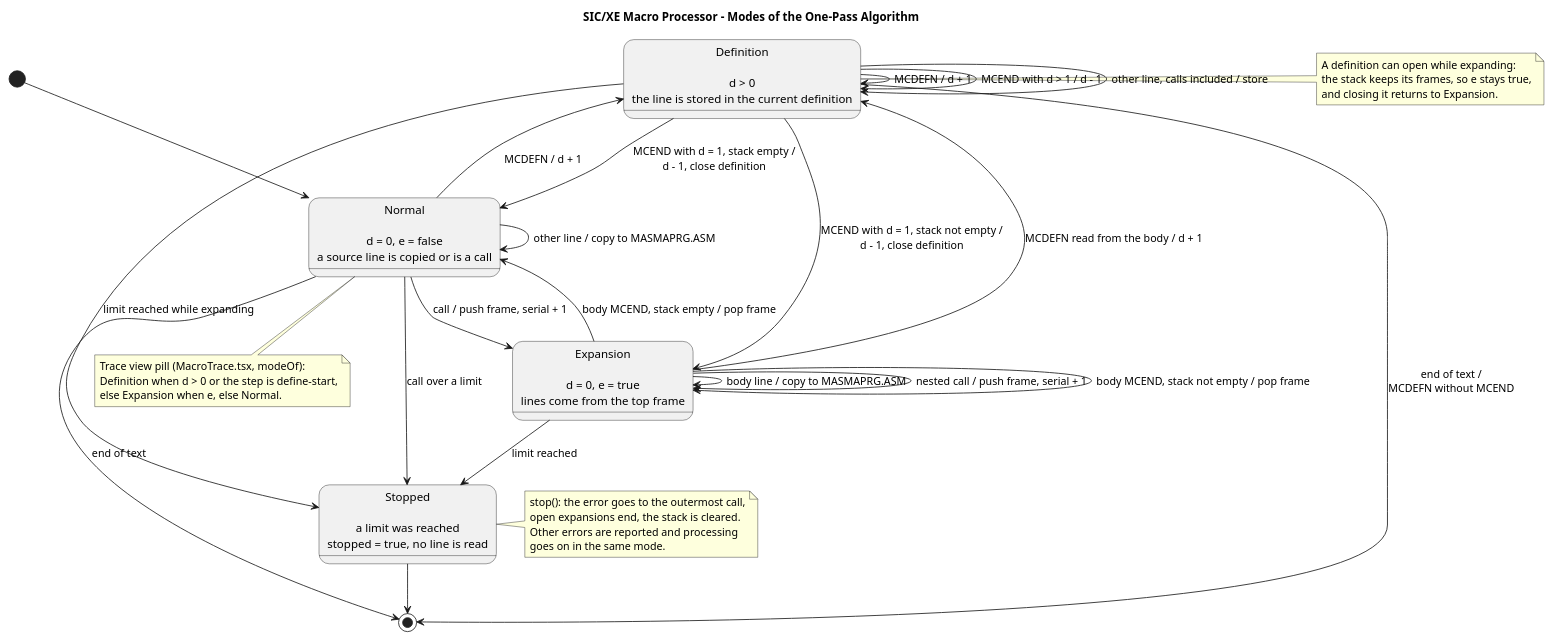
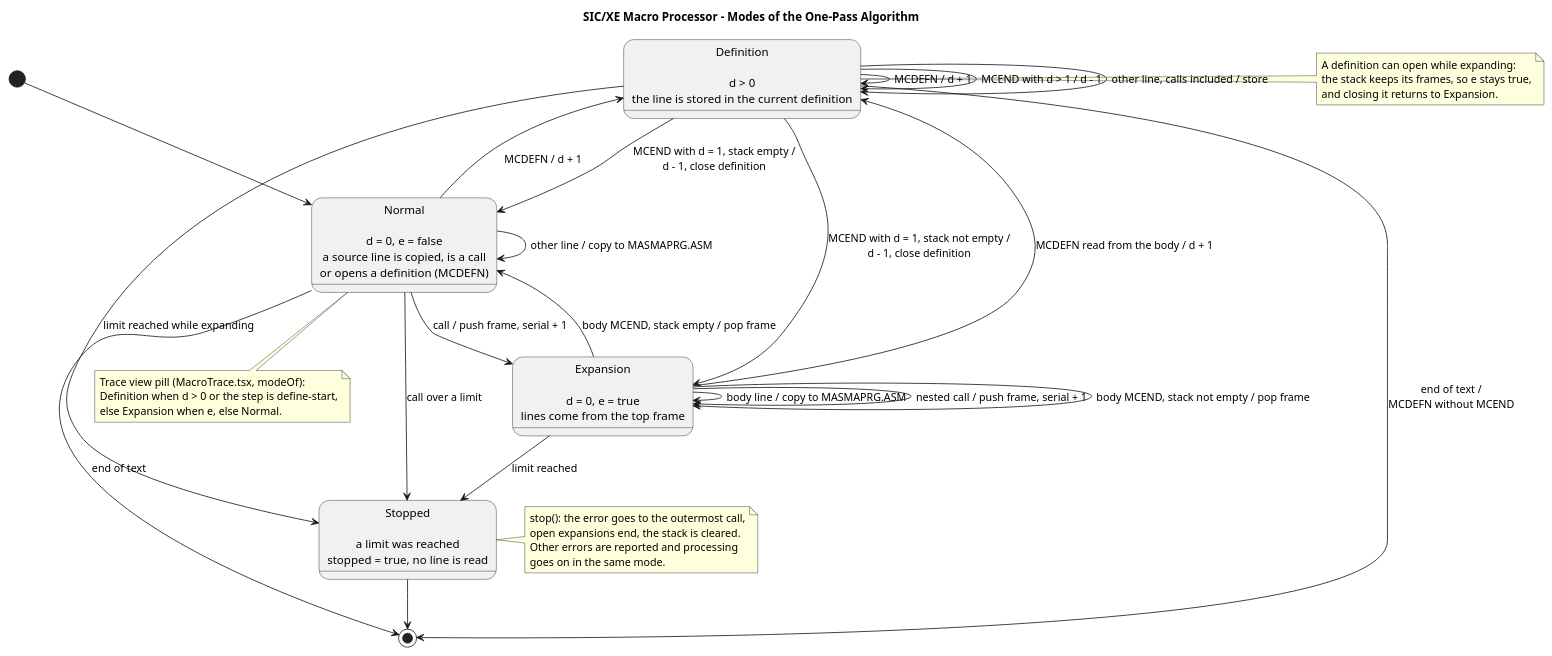
One commit to Eduardo-Machado-Behling/SIC-XE-Simulator changed the diagram in backend/docs/uml/42_macro_processor_states.puml. Above: the diagram before and after it, drawn with PlantUML. The commit also changed 4 other files, not shown here.

```diff
--- a/backend/docs/uml/42_macro_processor_states.puml
+++ b/backend/docs/uml/42_macro_processor_states.puml
@@ -1,55 +1,55 @@
 @startuml
 title SIC/XE Macro Processor - Modes of the One-Pass Algorithm
 
 skinparam shadowing false
 
-state "Normal\n\nd = 0, e = false\na source line is copied or is a call" as Normal
+state "Normal\n\nd = 0, e = false\na source line is copied, is a call\nor opens a definition (MCDEFN)" as Normal
 state "Definition\n\nd > 0\nthe line is stored in the current definition" as Definition
 state "Expansion\n\nd = 0, e = true\nlines come from the top frame" as Expansion
 state "Stopped\n\na limit was reached\nstopped = true, no line is read" as Stopped
 
 [*] --> Normal
 
 Normal --> Normal : other line / copy to MASMAPRG.ASM
 Normal --> Definition : MCDEFN / d + 1
 Normal --> Expansion : call / push frame, serial + 1
 Normal --> Stopped : call over a limit
 
 Definition --> Definition : MCDEFN / d + 1
 Definition --> Definition : MCEND with d > 1 / d - 1
 Definition --> Definition : other line, calls included / store
 Definition --> Normal : MCEND with d = 1, stack empty /\nd - 1, close definition
 Definition --> Expansion : MCEND with d = 1, stack not empty /\nd - 1, close definition
 Definition --> Stopped : limit reached while expanding
 
 Expansion --> Expansion : body line / copy to MASMAPRG.ASM
 Expansion --> Expansion : nested call / push frame, serial + 1
 Expansion --> Expansion : body MCEND, stack not empty / pop frame
 Expansion --> Normal : body MCEND, stack empty / pop frame
 Expansion --> Definition : MCDEFN read from the body / d + 1
 Expansion --> Stopped : limit reached
 
 Normal --> [*] : end of text
 Definition --> [*] : end of text /\nMCDEFN without MCEND
 Stopped --> [*]
 
 note right of Definition
 A definition can open while expanding:
 the stack keeps its frames, so e stays true,
 and closing it returns to Expansion.
 end note
 
 note right of Stopped
 stop(): the error goes to the outermost call,
 open expansions end, the stack is cleared.
 Other errors are reported and processing
 goes on in the same mode.
 end note
 
 note bottom of Normal
 Trace view pill (MacroTrace.tsx, modeOf):
 Definition when d > 0 or the step is define-start,
 else Expansion when e, else Normal.
 end note
 
 @enduml
```
